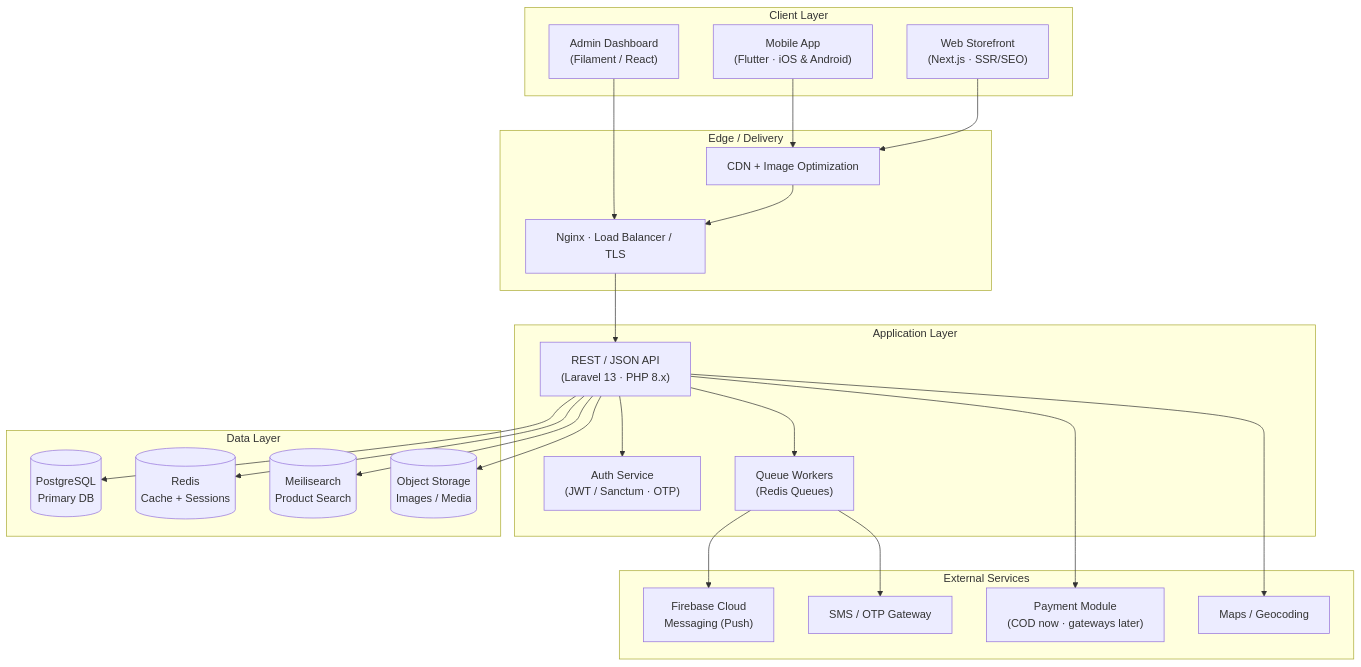
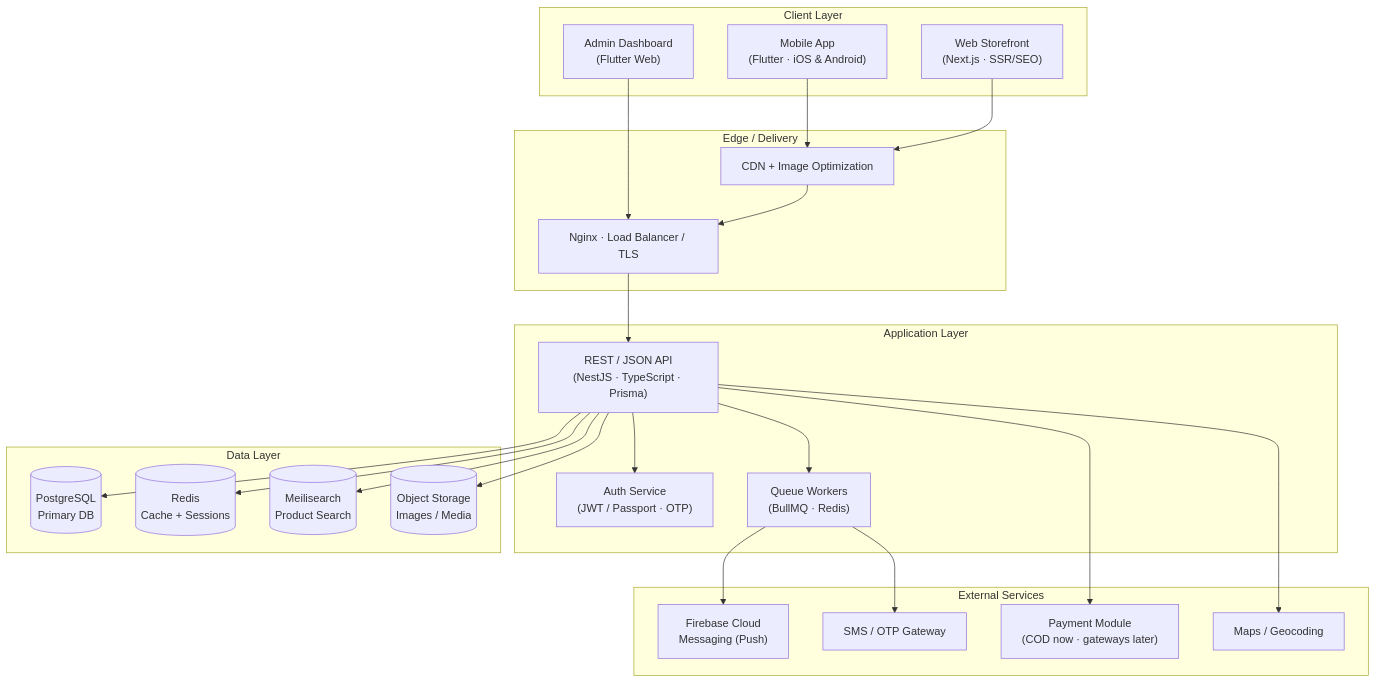
One commit to haideraljiryawe/Shubayr changed the diagram in docs/diagrams/01_System_Architecture.mmd. Above: the diagram before and after it, drawn with Mermaid. The commit also changed 39 other files, not shown here.

Commit message:
chore: switch backend stack to Node.js (NestJS + TypeScript + Prisma)

```diff
--- a/docs/diagrams/01_System_Architecture.mmd
+++ b/docs/diagrams/01_System_Architecture.mmd
@@ -1,42 +1,42 @@
 flowchart TB
   subgraph Clients["Client Layer"]
     MA["Mobile App<br/>(Flutter · iOS & Android)"]
     WEB["Web Storefront<br/>(Next.js · SSR/SEO)"]
-    ADM["Admin Dashboard<br/>(Filament / React)"]
+    ADM["Admin Dashboard<br/>(Flutter Web)"]
   end
   subgraph Edge["Edge / Delivery"]
     CDN["CDN + Image Optimization"]
     LB["Nginx · Load Balancer / TLS"]
   end
   subgraph AppLayer["Application Layer"]
-    API["REST / JSON API<br/>(Laravel 13 · PHP 8.x)"]
-    AUTH["Auth Service<br/>(JWT / Sanctum · OTP)"]
-    QUEUE["Queue Workers<br/>(Redis Queues)"]
+    API["REST / JSON API<br/>(NestJS · TypeScript · Prisma)"]
+    AUTH["Auth Service<br/>(JWT / Passport · OTP)"]
+    QUEUE["Queue Workers<br/>(BullMQ · Redis)"]
   end
   subgraph DataLayer["Data Layer"]
     PG[("PostgreSQL<br/>Primary DB")]
     RED[("Redis<br/>Cache + Sessions")]
     SEARCH[("Meilisearch<br/>Product Search")]
     OBJ[("Object Storage<br/>Images / Media")]
   end
   subgraph External["External Services"]
     FCM["Firebase Cloud<br/>Messaging (Push)"]
     SMS["SMS / OTP Gateway"]
     PAY["Payment Module<br/>(COD now · gateways later)"]
     MAP["Maps / Geocoding"]
   end
   MA --> CDN
   WEB --> CDN
   ADM --> LB
   CDN --> LB
   LB --> API
   API --> AUTH
   API --> PG
   API --> RED
   API --> SEARCH
   API --> OBJ
   API --> QUEUE
   QUEUE --> FCM
   QUEUE --> SMS
   API --> PAY
   API --> MAP
```
